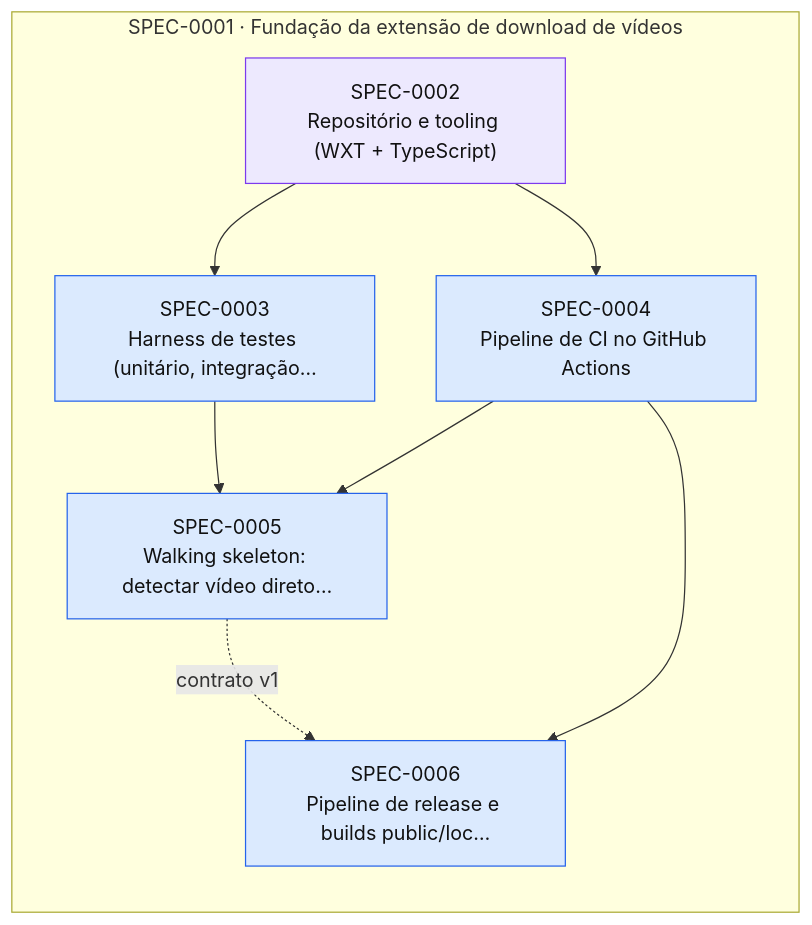
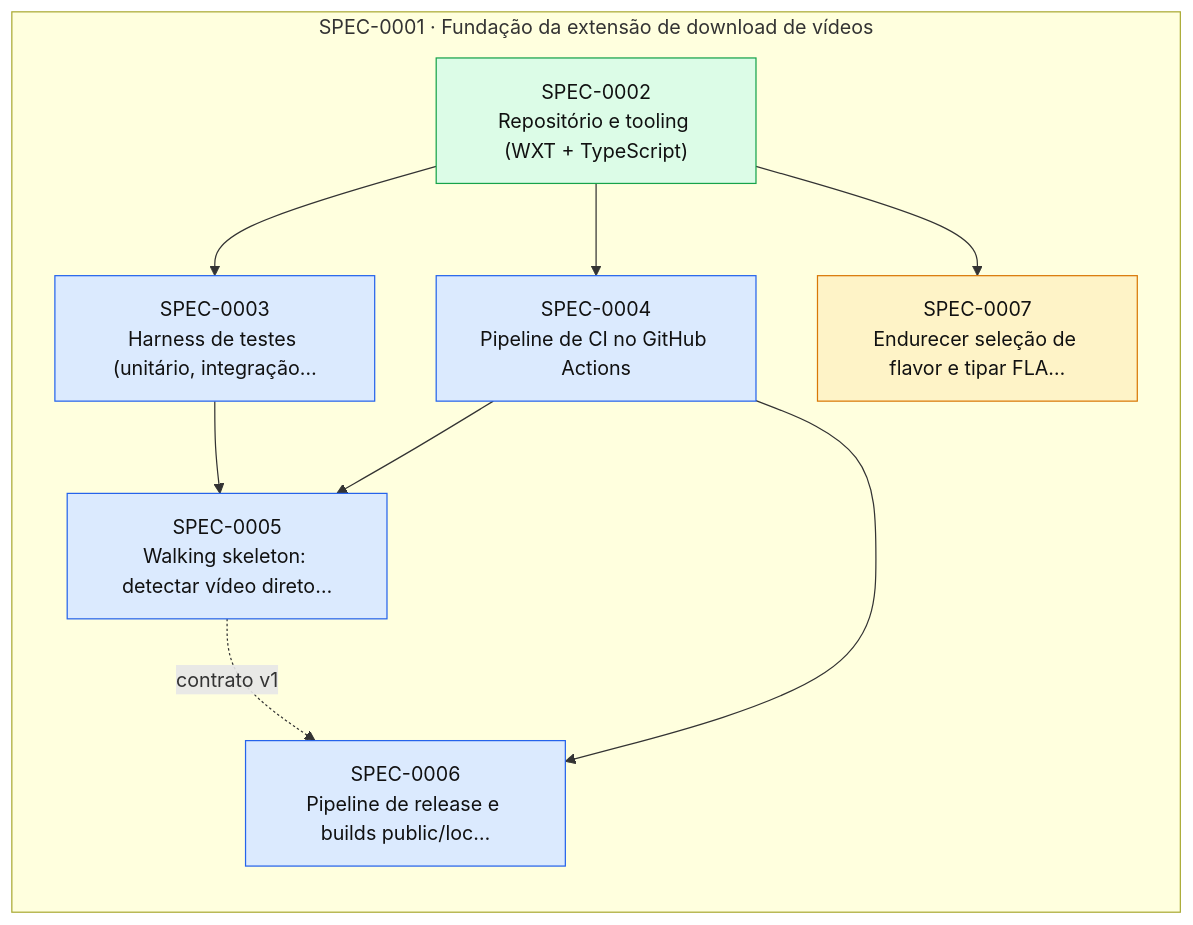
Before and after one commit to thomasravache/video-downloader: the diagram in docs/specs/INDEX.md, drawn with Mermaid. The commit also changed other lines of this file and 1 other file, not shown here.

First line of the commit message:
docs(sdd): close SPEC-0002

````diff
--- a/docs/specs/INDEX.md
+++ b/docs/specs/INDEX.md
@@ -60,21 +60,23 @@
 ```mermaid
 flowchart LR
   subgraph E0001["SPEC-0001 · Fundação da extensão de download de vídeos"]
-    S0002["SPEC-0002<br/>Repositório e tooling (WXT + TypeScript)"]:::inprogress
+    S0002["SPEC-0002<br/>Repositório e tooling (WXT + TypeScript)"]:::implemented
     S0003["SPEC-0003<br/>Harness de testes (unitário, integração…"]:::approved
     S0004["SPEC-0004<br/>Pipeline de CI no GitHub Actions"]:::approved
     S0005["SPEC-0005<br/>Walking skeleton: detectar vídeo direto…"]:::approved
     S0006["SPEC-0006<br/>Pipeline de release e builds public/loc…"]:::approved
+    S0007["SPEC-0007<br/>Endurecer seleção de flavor e tipar FLA…"]:::proposed
   end
   S0002 --> S0003
   S0002 --> S0004
   S0003 --> S0005
   S0004 --> S0005
   S0004 --> S0006
   S0005 -. contrato v1 .-> S0006
+  S0002 --> S0007
   classDef proposed fill:#fef3c7,stroke:#d97706,color:#111
   classDef approved fill:#dbeafe,stroke:#2563eb,color:#111
   classDef inprogress fill:#ede9fe,stroke:#7c3aed,color:#111
   classDef implemented fill:#dcfce7,stroke:#16a34a,color:#111
   classDef deprecated fill:#f3f4f6,stroke:#9ca3af,color:#6b7280
 ```
````
